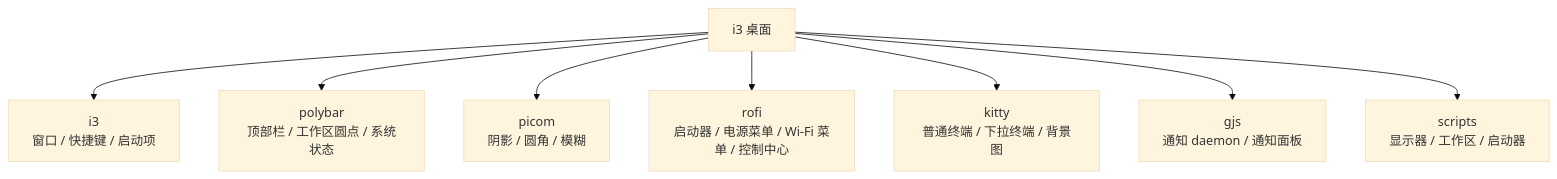
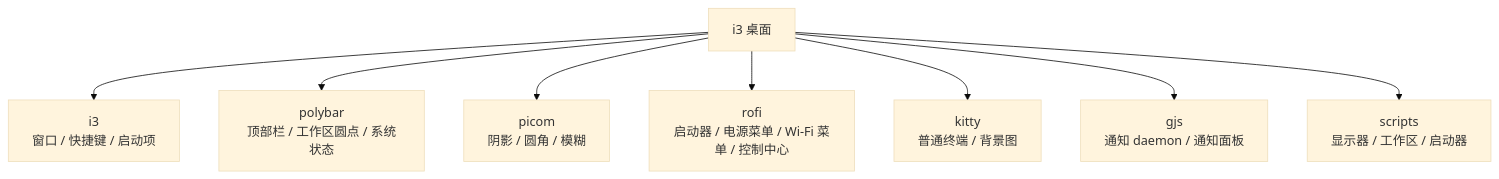
Diagram 13 of 13 in config/i3/README.zh-CN.md (Coisini-Tinkle/i3-beige-dotfiles), drawn with Mermaid (base theme) before and after one commit. The commit also changed other lines of this file and 5 other files, not shown here.

````diff
--- a/config/i3/README.zh-CN.md
+++ b/config/i3/README.zh-CN.md
@@ -408,10 +391,10 @@
 ```mermaid
 flowchart TB
     Root["i3 桌面"] --> A["i3<br/>窗口 / 快捷键 / 启动项"]
     Root --> B["polybar<br/>顶部栏 / 工作区圆点 / 系统状态"]
     Root --> C["picom<br/>阴影 / 圆角 / 模糊"]
     Root --> D["rofi<br/>启动器 / 电源菜单 / Wi-Fi 菜单 / 控制中心"]
-    Root --> E["kitty<br/>普通终端 / 下拉终端 / 背景图"]
+    Root --> E["kitty<br/>普通终端 / 背景图"]
     Root --> F["gjs<br/>通知 daemon / 通知面板"]
     Root --> G["scripts<br/>显示器 / 工作区 / 启动器"]
 ```
````
